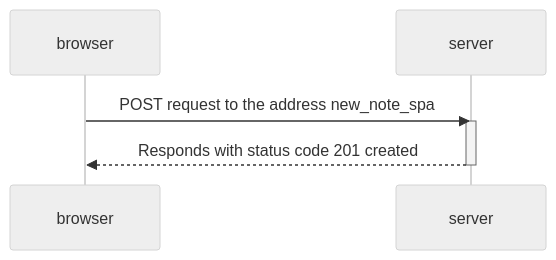
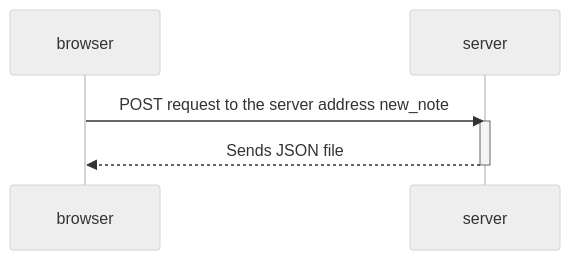
The diagram in Part0/0.5: Single page app diagram.md (early-dew/FullStackOpen), drawn with Mermaid (neutral theme) before and after one commit.

Commit message:
Update 0.5: Single page app diagram.md

````diff
--- a/Part0/0.5: Single page app diagram.md
+++ b/Part0/0.5: Single page app diagram.md
@@ -1,10 +1,10 @@
 ```mermaid
 sequenceDiagram
  participant browser
  participant server
- browser->>server: POST request to the address new_note_spa
+ browser->>server: POST request to the server address new_note
  activate server
- server-->>browser: Responds with status code 201 created
+ server-->>browser: Sends JSON file
  deactivate server
 
 ```
````
